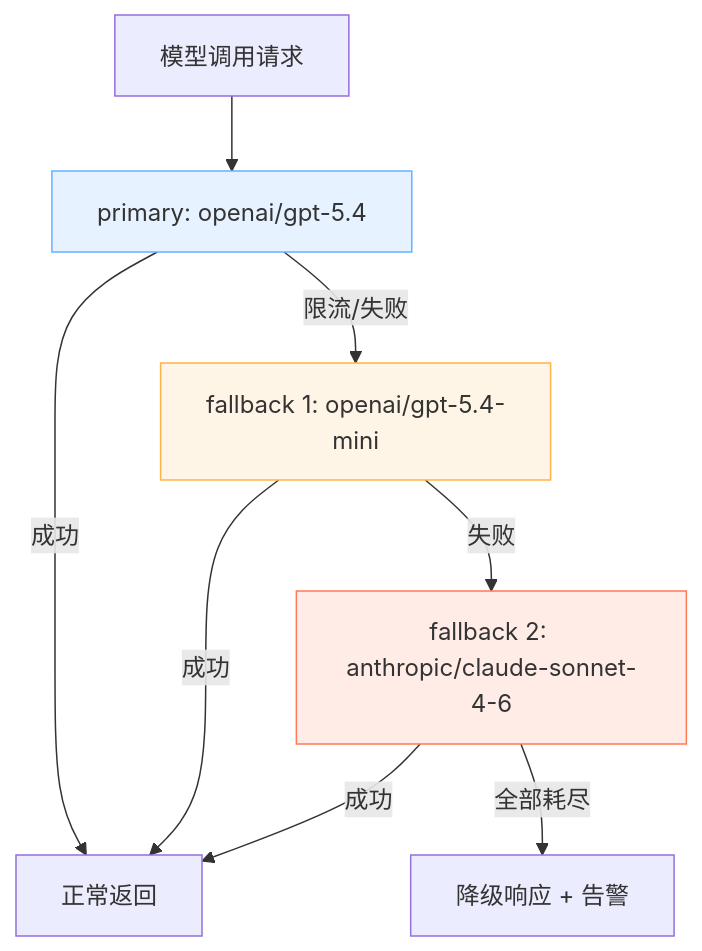
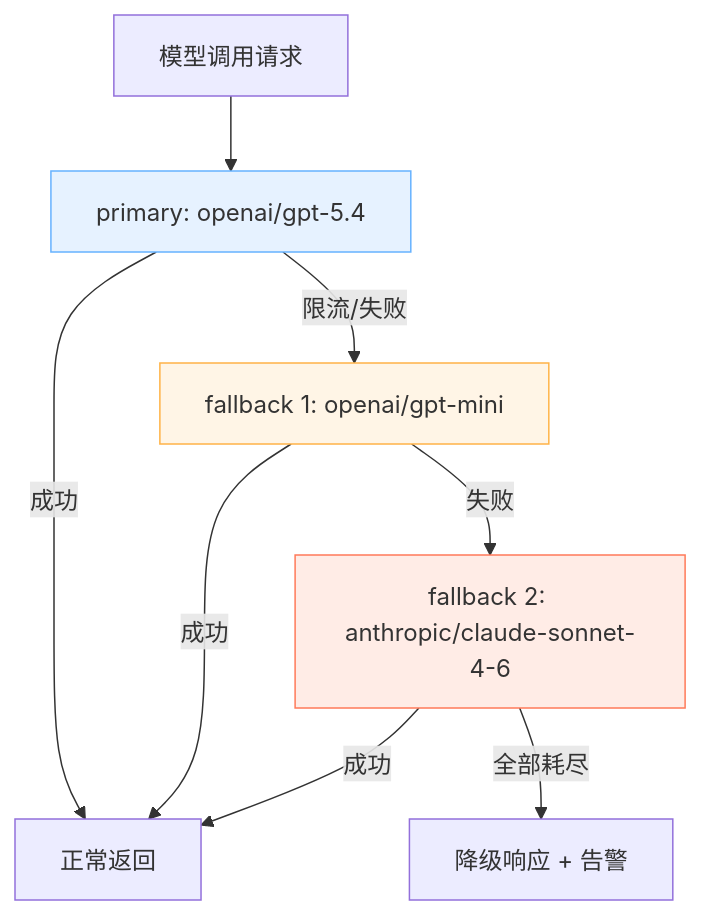
The diagram in 11_reliability_security/11.3_fallback_rules.md (yeasy/openclaw_guide), drawn with Mermaid before and after one commit. The commit also changed other lines of this file and 4 other files, not shown here.

Commit message:
Use version-neutral model alias gpt-mini

````diff
--- a/11_reliability_security/11.3_fallback_rules.md
+++ b/11_reliability_security/11.3_fallback_rules.md
@@ -26,14 +26,14 @@
 ```mermaid
 flowchart TD
   req["模型调用请求"] --> p["primary: openai/gpt-5.4"]
   p -->|"成功"| ok["正常返回"]
-  p -->|"限流/失败"| f1["fallback 1: openai/gpt-5.4-mini"]
+  p -->|"限流/失败"| f1["fallback 1: openai/gpt-mini"]
   f1 -->|"成功"| ok
   f1 -->|"失败"| f2["fallback 2: anthropic/claude-sonnet-4-6"]
   f2 -->|"成功"| ok
   f2 -->|"全部耗尽"| degrade["降级响应 + 告警"]
 
   style p fill:#e6f2ff,stroke:#66b2ff
   style f1 fill:#fff5e6,stroke:#ffb347
   style f2 fill:#ffece6,stroke:#ff7a59
 ```
````
